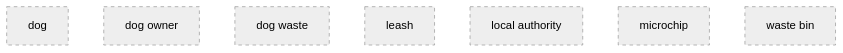
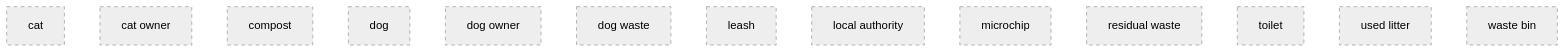
The first of 2 diagrams in data/ontology-pets-and-house-rules/03_release/00_raw/level-1.md (belaboros/DomainAiAssistant), drawn with Mermaid (neutral theme) before and after one commit. The commit also changed other lines of this file and 302 other files, not shown here.

````diff
--- a/data/ontology-pets-and-house-rules/03_release/00_raw/level-1.md
+++ b/data/ontology-pets-and-house-rules/03_release/00_raw/level-1.md
@@ -12,12 +12,18 @@
 ```mermaid
 flowchart TB
     classDef draft stroke-dasharray: 5 5
+    cn_01M82GY6D4FG58KKX81F7CX0F1["cat"]
+    cn_01M82GY6D4FG58KKX81F7CX0F2["cat owner"]
+    cn_01M82H1MQPVEX27Q0YHCNZ9WE5["compost"]
     cn_01M82GJP3CRKNX3DNJZDNANDWM["dog"]
     cn_01M82GR8C6YNAW05QP8GX3MF7P["dog owner"]
     cn_01M82GQHZCWYDZ4FY134N19HRE["dog waste"]
     cn_01M82GPB8ZK0N7S1VR303H5EPB["leash"]
     cn_01M82GJP3CRKNX3DNJZDNANDWN["local authority"]
     cn_01M82GJP3CRKNX3DNJZDNANDWP["microchip"]
+    cn_01M82H1MQPVEX27Q0YHCNZ9WE3["residual waste"]
+    cn_01M82H1MQPVEX27Q0YHCNZ9WE4["toilet"]
+    cn_01M82H1MQPVEX27Q0YHCNZ9WE1["used litter"]
     cn_01M82GQHZCWYDZ4FY134N19HRF["waste bin"]
-    class cn_01M82GJP3CRKNX3DNJZDNANDWM,cn_01M82GR8C6YNAW05QP8GX3MF7P,cn_01M82GQHZCWYDZ4FY134N19HRE,cn_01M82GPB8ZK0N7S1VR303H5EPB,cn_01M82GJP3CRKNX3DNJZDNANDWN,cn_01M82GJP3CRKNX3DNJZDNANDWP,cn_01M82GQHZCWYDZ4FY134N19HRF draft
+    class cn_01M82GY6D4FG58KKX81F7CX0F1,cn_01M82GY6D4FG58KKX81F7CX0F2,cn_01M82H1MQPVEX27Q0YHCNZ9WE5,cn_01M82GJP3CRKNX3DNJZDNANDWM,cn_01M82GR8C6YNAW05QP8GX3MF7P,cn_01M82GQHZCWYDZ4FY134N19HRE,cn_01M82GPB8ZK0N7S1VR303H5EPB,cn_01M82GJP3CRKNX3DNJZDNANDWN,cn_01M82GJP3CRKNX3DNJZDNANDWP,cn_01M82H1MQPVEX27Q0YHCNZ9WE3,cn_01M82H1MQPVEX27Q0YHCNZ9WE4,cn_01M82H1MQPVEX27Q0YHCNZ9WE1,cn_01M82GQHZCWYDZ4FY134N19HRF draft
 ```
````
